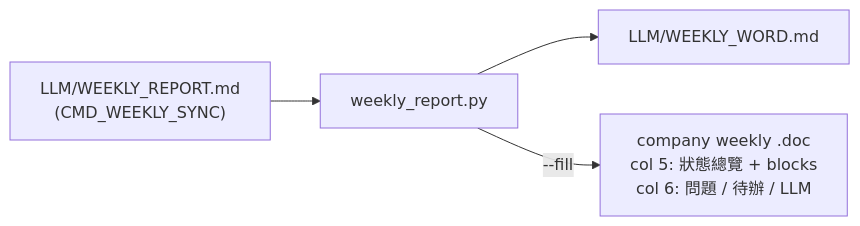
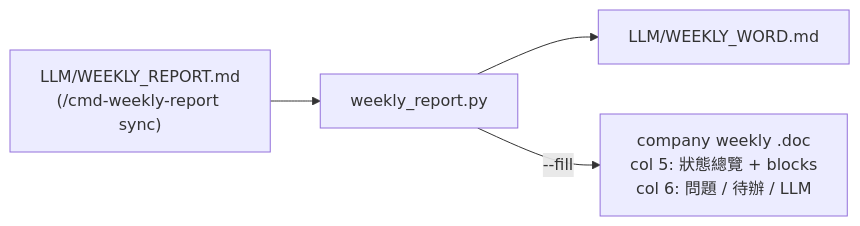
The diagram in Tools/weekly_report/weekly_report.md (zelvet-velvet/agent-worklog-vault), drawn with Mermaid before and after one commit. The commit also changed other lines of this file and 16 other files, not shown here.

````diff
--- a/Tools/weekly_report/weekly_report.md
+++ b/Tools/weekly_report/weekly_report.md
@@ -9,7 +9,7 @@
 ```mermaid
 %% elk %%
 flowchart LR
-    MD["LLM/WEEKLY_REPORT.md<br/>(CMD_WEEKLY_SYNC)"] --> PY["weekly_report.py"]
+    MD["LLM/WEEKLY_REPORT.md<br/>(/cmd-weekly-report sync)"] --> PY["weekly_report.py"]
     PY --> WW["LLM/WEEKLY_WORD.md"]
     PY -->|"--fill"| DOC["company weekly .doc<br/>col 5: 狀態總覽 + blocks<br/>col 6: 問題 / 待辦 / LLM"]
 ```
````
